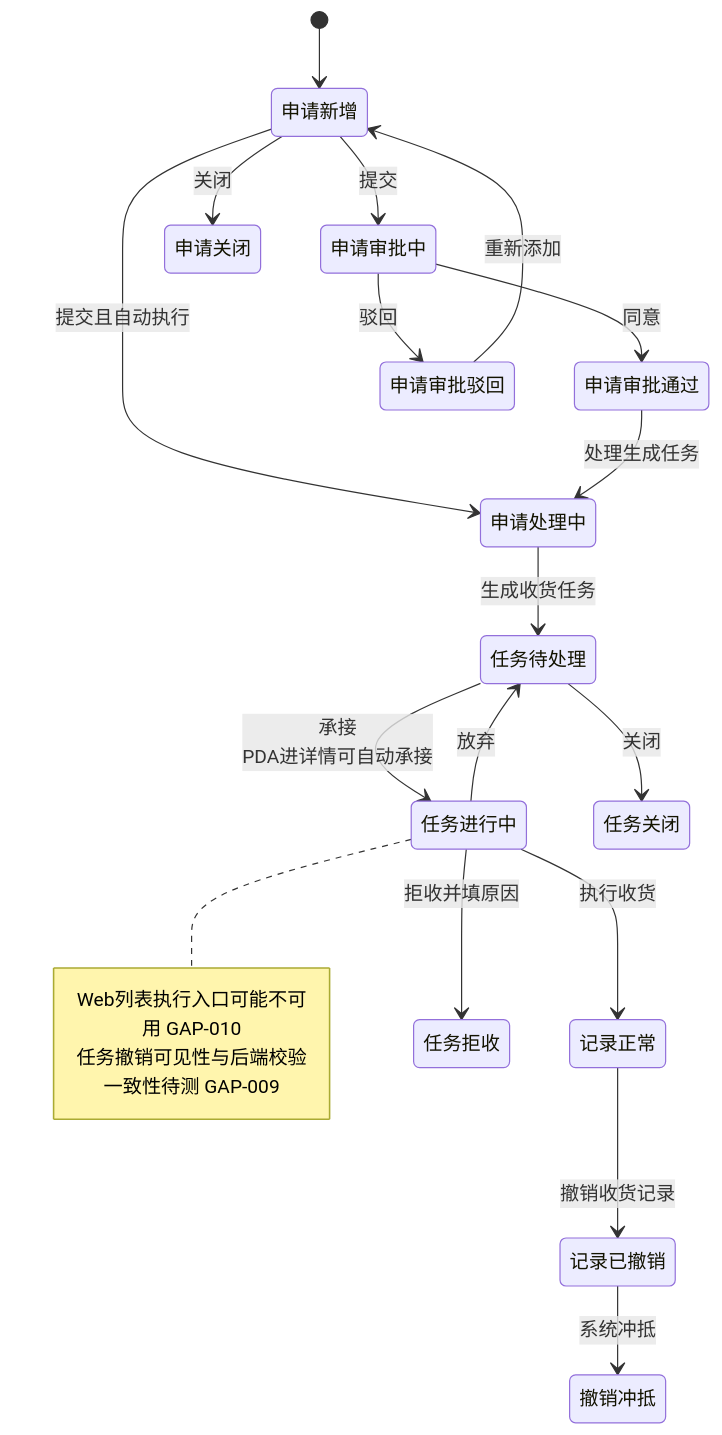
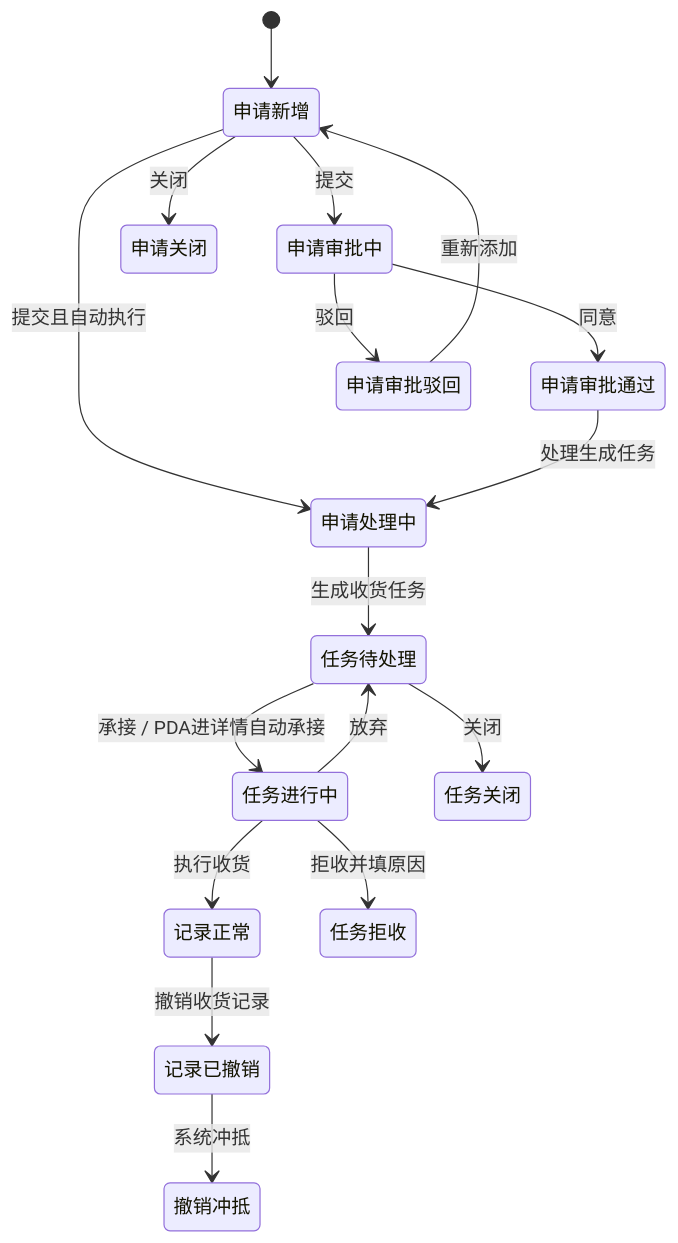
Before and after one commit to jiargcn/MomProductDocument: the second of 4 diagrams in docs/05-WMS-库房管理/03-采购收货/index.md, drawn with Mermaid. The commit also changed other lines of this file and 9 other files, not shown here.

````diff
--- a/docs/05-WMS-库房管理/03-采购收货/index.md
+++ b/docs/05-WMS-库房管理/03-采购收货/index.md
@@ -106,24 +97,19 @@
 ```mermaid
 stateDiagram-v2
     [*] --> 申请新增
     申请新增 --> 申请审批中: 提交
     申请新增 --> 申请处理中: 提交且自动执行
     申请审批中 --> 申请审批通过: 同意
     申请审批中 --> 申请审批驳回: 驳回
     申请审批通过 --> 申请处理中: 处理生成任务
     申请处理中 --> 任务待处理: 生成收货任务
-    任务待处理 --> 任务进行中: 承接<br/>PDA进详情可自动承接
+    任务待处理 --> 任务进行中: 承接 / PDA进详情自动承接
     任务进行中 --> 任务待处理: 放弃
     任务进行中 --> 记录正常: 执行收货
     任务进行中 --> 任务拒收: 拒收并填原因
     任务待处理 --> 任务关闭: 关闭
     记录正常 --> 记录已撤销: 撤销收货记录
     记录已撤销 --> 撤销冲抵: 系统冲抵
     申请新增 --> 申请关闭: 关闭
     申请审批驳回 --> 申请新增: 重新添加
-
-    note right of 任务进行中
-      Web列表执行入口可能不可用 GAP-010
-      任务撤销可见性与后端校验一致性待测 GAP-009
-    end note
 ```
````
